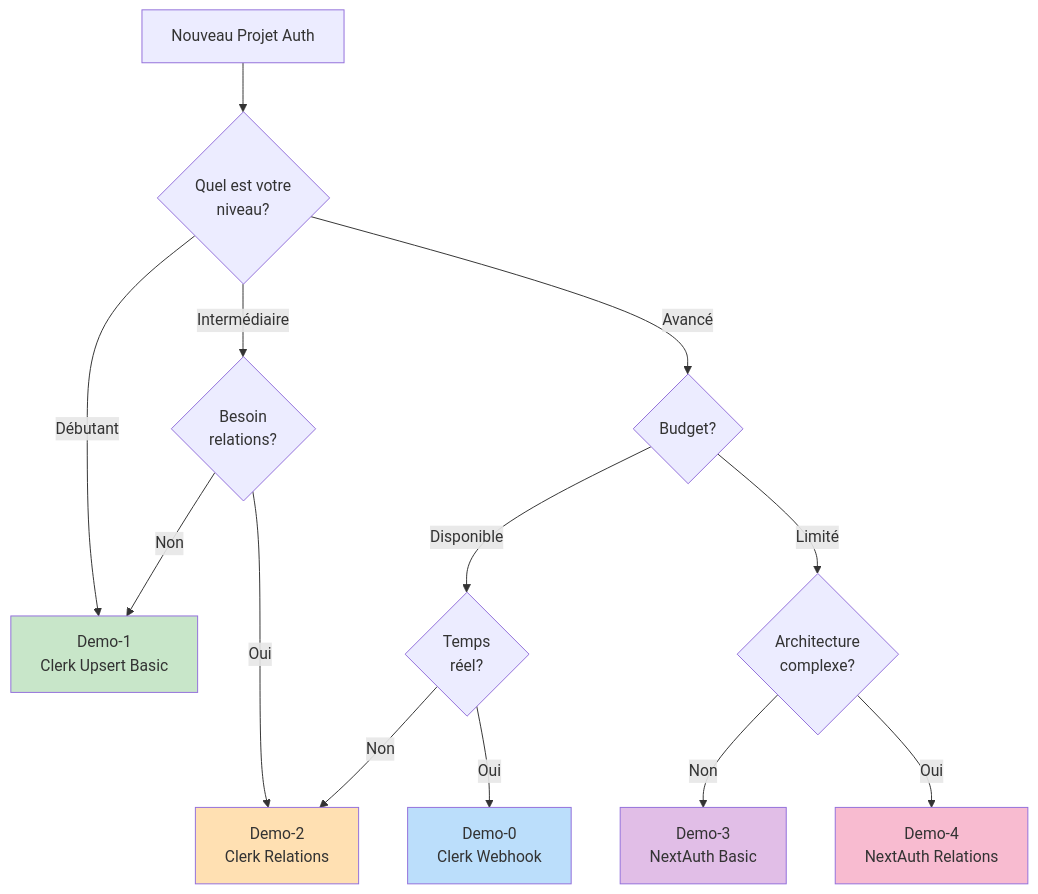
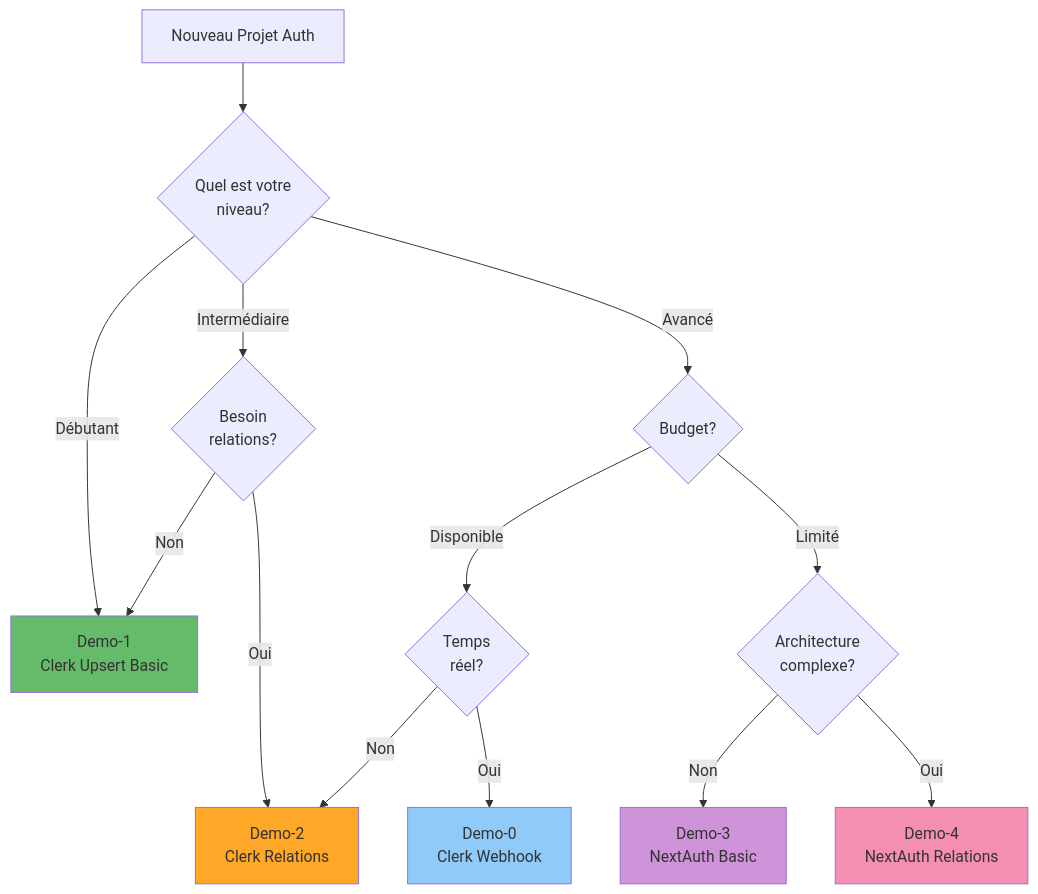
One commit to inskillflow/auths-1-NEXTJS-introduction changed diagram 33 of 39 in 02-DIAGRAMMES_ARCHITECTURES.md. Above: the diagram before and after it, drawn with Mermaid. The commit also changed other lines of this file, not shown here.

````diff
--- a/02-DIAGRAMMES_ARCHITECTURES.md
+++ b/02-DIAGRAMMES_ARCHITECTURES.md
@@ -1062,26 +1062,26 @@
 ```mermaid
 graph TB
     START[Nouveau Projet Auth] --> Q1{Quel est votre<br/>niveau?}
     
     Q1 -->|Débutant| D1[Demo-1<br/>Clerk Upsert Basic]
     Q1 -->|Intermédiaire| Q2{Besoin<br/>relations?}
     Q1 -->|Avancé| Q3{Budget?}
     
     Q2 -->|Non| D1
     Q2 -->|Oui| D2[Demo-2<br/>Clerk Relations]
     
     Q3 -->|Disponible| Q4{Temps<br/>réel?}
     Q3 -->|Limité| Q5{Architecture<br/>complexe?}
     
     Q4 -->|Oui| D0[Demo-0<br/>Clerk Webhook]
     Q4 -->|Non| D2
     
     Q5 -->|Non| D3[Demo-3<br/>NextAuth Basic]
     Q5 -->|Oui| D4[Demo-4<br/>NextAuth Relations]
     
-    style D0 fill:#bbdefb
-    style D1 fill:#c8e6c9
-    style D2 fill:#ffe0b2
-    style D3 fill:#e1bee7
-    style D4 fill:#f8bbd0
+    style D0 fill:#90caf9
+    style D1 fill:#66bb6a
+    style D2 fill:#ffa726
+    style D3 fill:#ce93d8
+    style D4 fill:#f48fb1
 ```
````
